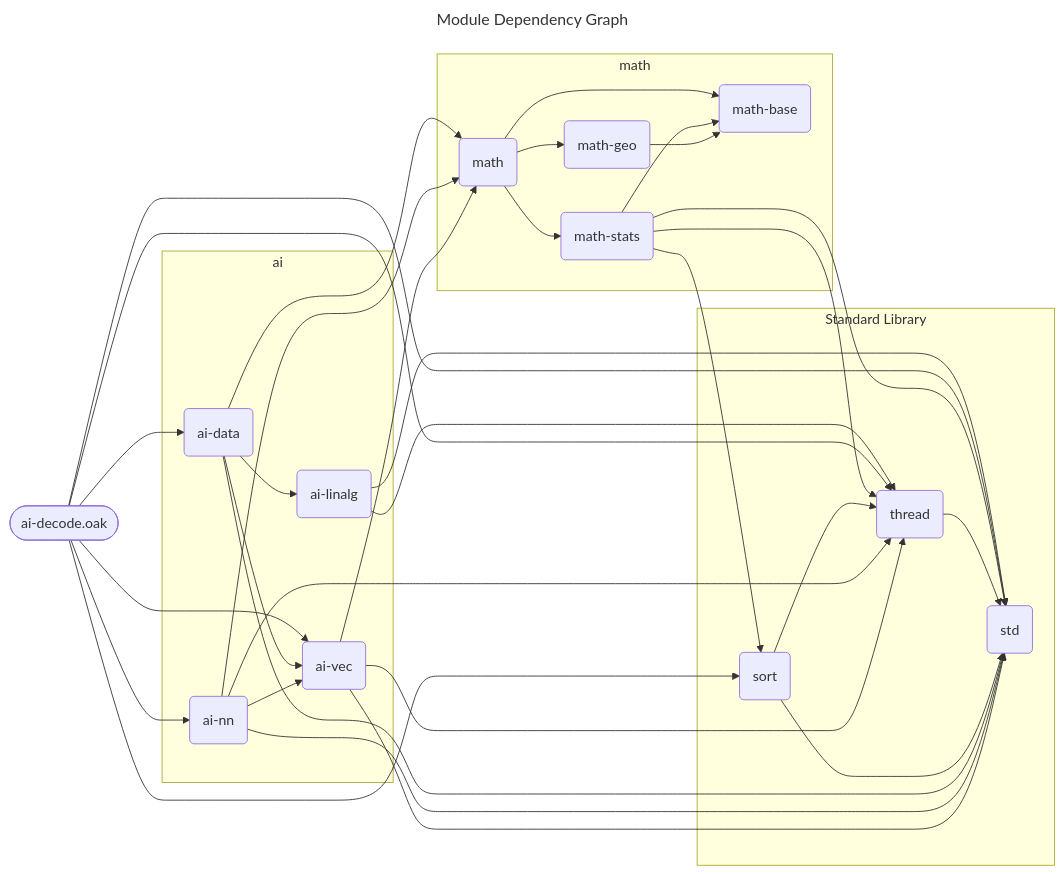
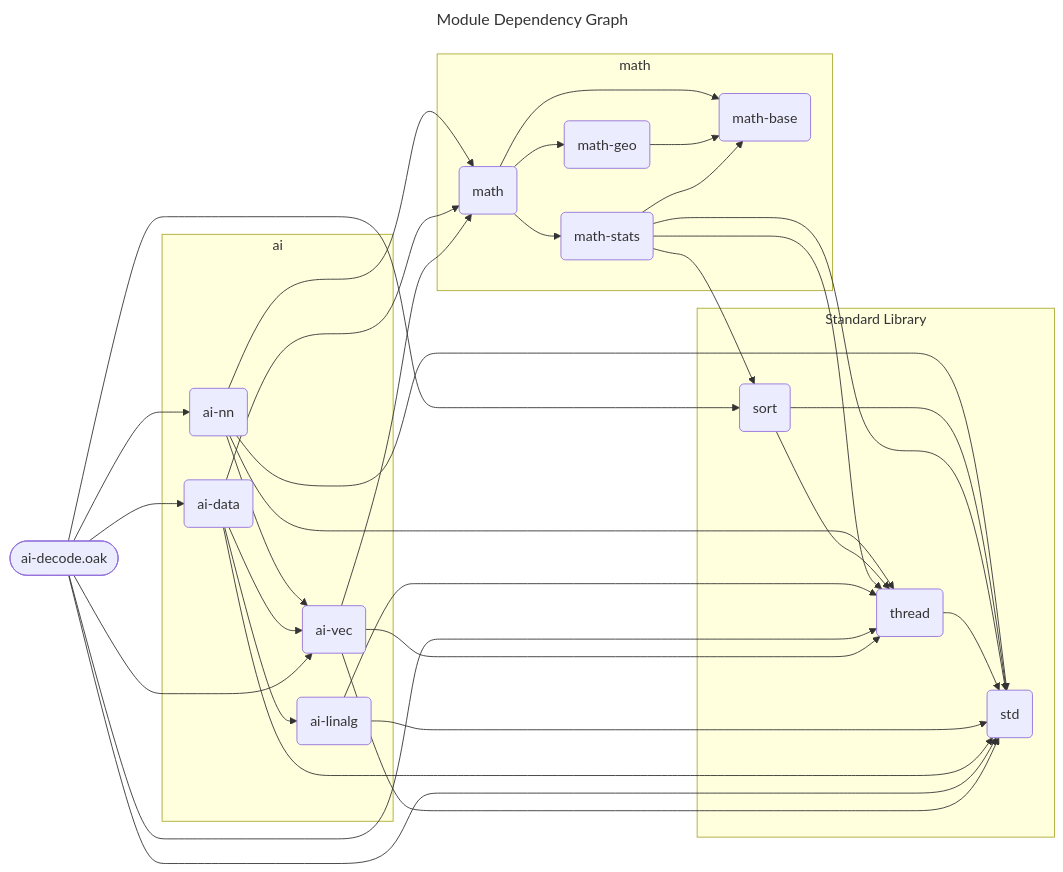
Before and after one commit to SpcFORK/magnolia: the diagram in docs/spec/ai-decode.mmd, drawn with Mermaid. The commit also changed other lines of this file and 150 other files, not shown here.

First line of the commit message:
Refactor module dependency graphs and enhance Go code generation

```diff
--- a/docs/spec/ai-decode.mmd
+++ b/docs/spec/ai-decode.mmd
@@ -1,52 +1,52 @@
 ---
 title: Module Dependency Graph
 ---
 flowchart LR
     lib_ai_decode_oak(["ai-decode.oak"])
-    subgraph stdlib_ai ["ai"]
-        ai_vec("ai-vec")
-        ai_nn("ai-nn")
-        ai_data("ai-data")
-        ai_linalg("ai-linalg")
-    end
     subgraph stdlib_math ["math"]
+        math("math")
         math_geo("math-geo")
         math_stats("math-stats")
-        math("math")
         math_base("math-base")
     end
+    subgraph stdlib_ai ["ai"]
+        ai_nn("ai-nn")
+        ai_linalg("ai-linalg")
+        ai_data("ai-data")
+        ai_vec("ai-vec")
+    end
     subgraph stdlib_core ["Standard Library"]
-        sort("sort")
         thread("thread")
         std("std")
+        sort("sort")
     end
-    ai_vec --> std
-    ai_vec --> math
-    ai_vec --> thread
+    math --> math_base
+    math --> math_geo
+    math --> math_stats
     math_geo --> math_base
     ai_nn --> std
     ai_nn --> math
     ai_nn --> thread
     ai_nn --> ai_vec
+    sort --> std
+    sort --> thread
+    math_stats --> std
+    math_stats --> sort
+    math_stats --> math_base
+    math_stats --> thread
+    thread --> std
+    ai_linalg --> std
+    ai_linalg --> thread
     ai_data --> std
     ai_data --> math
     ai_data --> ai_vec
     ai_data --> ai_linalg
-    sort --> std
-    sort --> thread
-    thread --> std
-    math_stats --> std
-    math_stats --> sort
-    math_stats --> math_base
-    math_stats --> thread
     lib_ai_decode_oak --> std
     lib_ai_decode_oak --> sort
     lib_ai_decode_oak --> thread
     lib_ai_decode_oak --> ai_vec
     lib_ai_decode_oak --> ai_nn
     lib_ai_decode_oak --> ai_data
-    ai_linalg --> std
-    ai_linalg --> thread
-    math --> math_base
-    math --> math_geo
-    math --> math_stats
+    ai_vec --> std
+    ai_vec --> math
+    ai_vec --> thread
```
